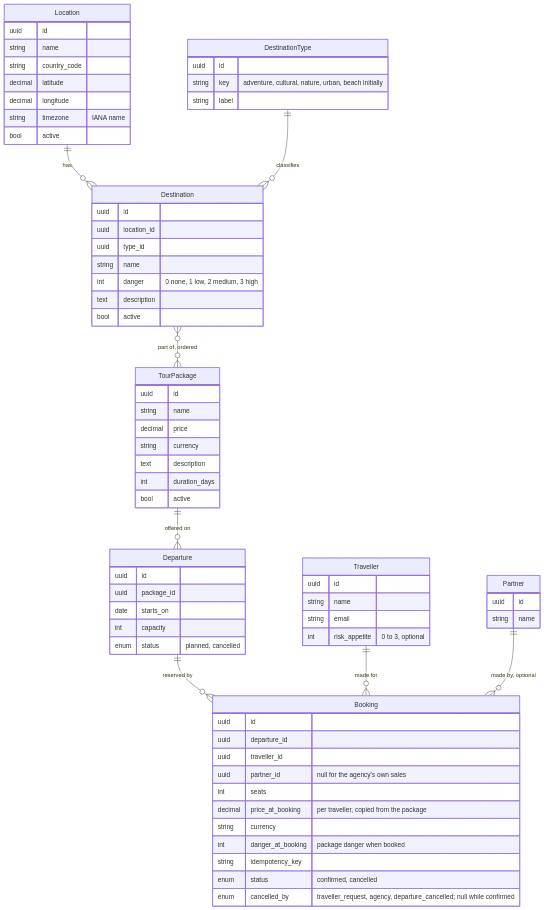
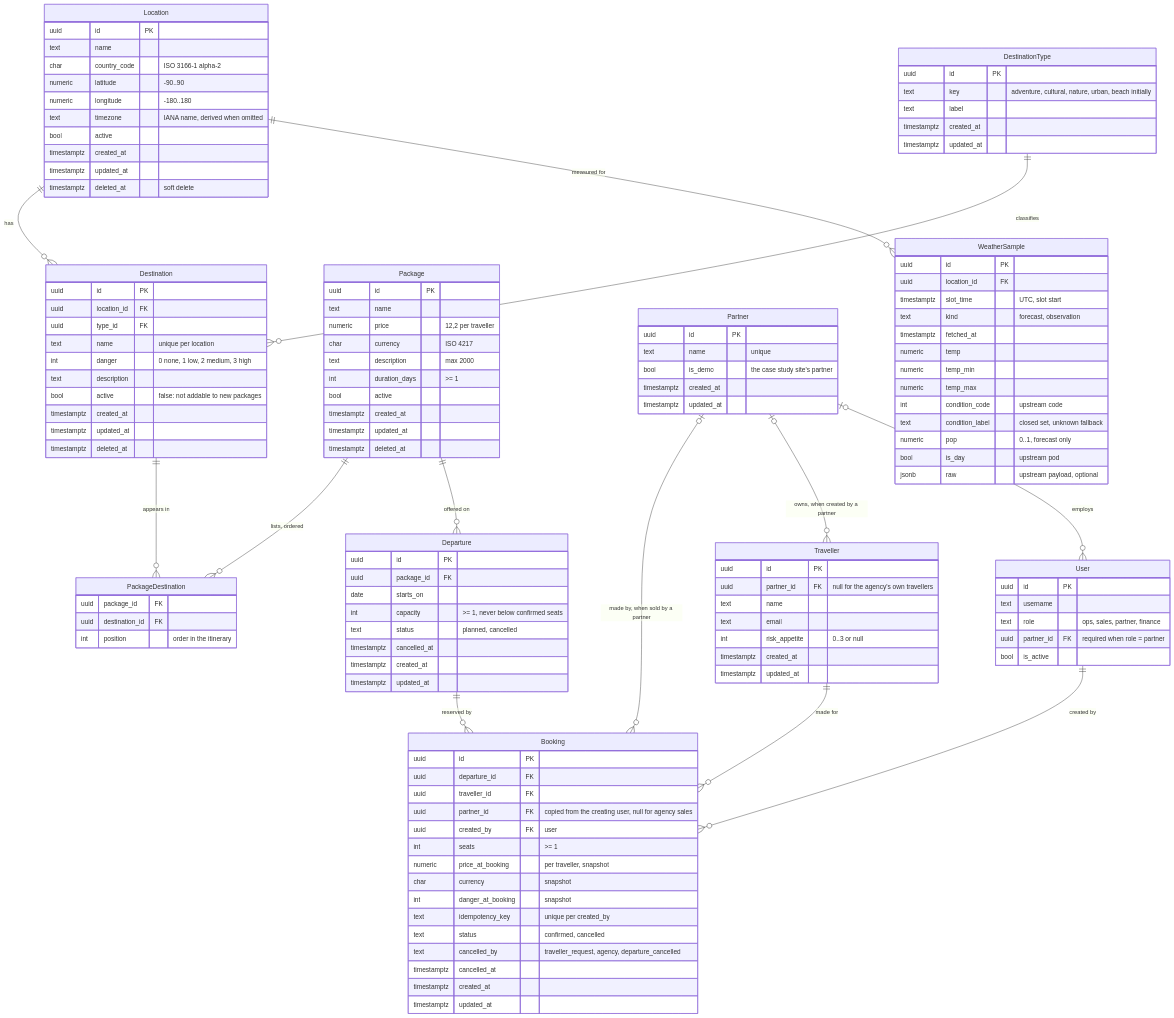
Before and after one commit to AlitalipSever/travel-agency: the diagram in docs/03-data-model.md, drawn with Mermaid. The commit also changed other lines of this file, not shown here.

First line of the commit message:
Data model reviewed against domain, requirements and architecture

````diff
--- a/docs/03-data-model.md
+++ b/docs/03-data-model.md
@@ -8,72 +12,128 @@
 erDiagram
   Location ||--o{ Destination : "has"
   DestinationType ||--o{ Destination : "classifies"
-  Destination }o--o{ TourPackage : "part of, ordered"
-  TourPackage ||--o{ Departure : "offered on"
+  Package ||--o{ PackageDestination : "lists, ordered"
+  Destination ||--o{ PackageDestination : "appears in"
+  Package ||--o{ Departure : "offered on"
   Departure ||--o{ Booking : "reserved by"
   Traveller ||--o{ Booking : "made for"
-  Partner ||--o{ Booking : "made by, optional"
+  Partner |o--o{ Booking : "made by, when sold by a partner"
+  Partner |o--o{ Traveller : "owns, when created by a partner"
+  Partner |o--o{ User : "employs"
+  User ||--o{ Booking : "created by"
+  Location ||--o{ WeatherSample : "measured for"
 
   Location {
-    uuid id
-    string name
-    string country_code
-    decimal latitude
-    decimal longitude
-    string timezone "IANA name"
+    uuid id PK
+    text name
+    char country_code "ISO 3166-1 alpha-2"
+    numeric latitude "-90..90"
+    numeric longitude "-180..180"
+    text timezone "IANA name, derived when omitted"
     bool active
+    timestamptz created_at
+    timestamptz updated_at
+    timestamptz deleted_at "soft delete"
+  }
+  DestinationType {
+    uuid id PK
+    text key "adventure, cultural, nature, urban, beach initially"
+    text label
+    timestamptz created_at
+    timestamptz updated_at
   }
   Destination {
-    uuid id
-    uuid location_id
-    uuid type_id
-    string name
+    uuid id PK
+    uuid location_id FK
+    uuid type_id FK
+    text name "unique per location"
     int danger "0 none, 1 low, 2 medium, 3 high"
     text description
+    bool active "false: not addable to new packages"
+    timestamptz created_at
+    timestamptz updated_at
+    timestamptz deleted_at
+  }
+  Package {
+    uuid id PK
+    text name
+    numeric price "12,2 per traveller"
+    char currency "ISO 4217"
+    text description "max 2000"
+    int duration_days ">= 1"
     bool active
+    timestamptz created_at
+    timestamptz updated_at
+    timestamptz deleted_at
   }
-  DestinationType {
-    uuid id
-    string key "adventure, cultural, nature, urban, beach initially"
-    string label
-  }
-  TourPackage {
-    uuid id
-    string name
-    decimal price
-    string currency
-    text description
-    int duration_days
-    bool active
+  PackageDestination {
+    uuid package_id FK
+    uuid destination_id FK
+    int position "order in the itinerary"
   }
   Departure {
-    uuid id
-    uuid package_id
+    uuid id PK
+    uuid package_id FK
     date starts_on
-    int capacity
-    enum status "planned, cancelled"
+    int capacity ">= 1, never below confirmed seats"
+    text status "planned, cancelled"
+    timestamptz cancelled_at
+    timestamptz created_at
+    timestamptz updated_at
+  }
+  Traveller {
+    uuid id PK
+    uuid partner_id FK "null for the agency's own travellers"
+    text name
+    text email
+    int risk_appetite "0..3 or null"
+    timestamptz created_at
+    timestamptz updated_at
+  }
+  Partner {
+    uuid id PK
+    text name "unique"
+    bool is_demo "the case study site's partner"
+    timestamptz created_at
+    timestamptz updated_at
+  }
+  User {
+    uuid id PK
+    text username
+    text role "ops, sales, partner, finance"
+    uuid partner_id FK "required when role = partner"
+    bool is_active
   }
   Booking {
-    uuid id
-    uuid departure_id
-    uuid traveller_id
-    uuid partner_id "null for the agency's own sales"
-    int seats
-    decimal price_at_booking "per traveller, copied from the package"
-    string currency
-    int danger_at_booking "package danger when booked"
-    string idempotency_key
-    enum status "confirmed, cancelled"
-    enum cancelled_by "traveller_request, agency, departure_cancelled; null while confirmed"
+    uuid id PK
+    uuid departure_id FK
+    uuid traveller_id FK
+    uuid partner_id FK "copied from the creating user, null for agency sales"
+    uuid created_by FK "user"
+    int seats ">= 1"
+    numeric price_at_booking "per traveller, snapshot"
+    char currency "snapshot"
+    int danger_at_booking "snapshot"
+    text idempotency_key "unique per created_by"
+    text status "confirmed, cancelled"
+    text cancelled_by "traveller_request, agency, departure_cancelled"
+    timestamptz cancelled_at
+    timestamptz created_at
+    timestamptz updated_at
   }
-  Traveller {
-    uuid id
-    string name
-    string email
-    int risk_appetite "0 to 3, optional"
-  }
-  Partner {
-    uuid id
-    string name
+  WeatherSample {
+    uuid id PK
+    uuid location_id FK
+    timestamptz slot_time "UTC, slot start"
+    text kind "forecast, observation"
+    timestamptz fetched_at
+    numeric temp
+    numeric temp_min
+    numeric temp_max
+    int condition_code "upstream code"
+    text condition_label "closed set, unknown fallback"
+    numeric pop "0..1, forecast only"
+    bool is_day "upstream pod"
+    jsonb raw "upstream payload, optional"
   }
 ```
````
